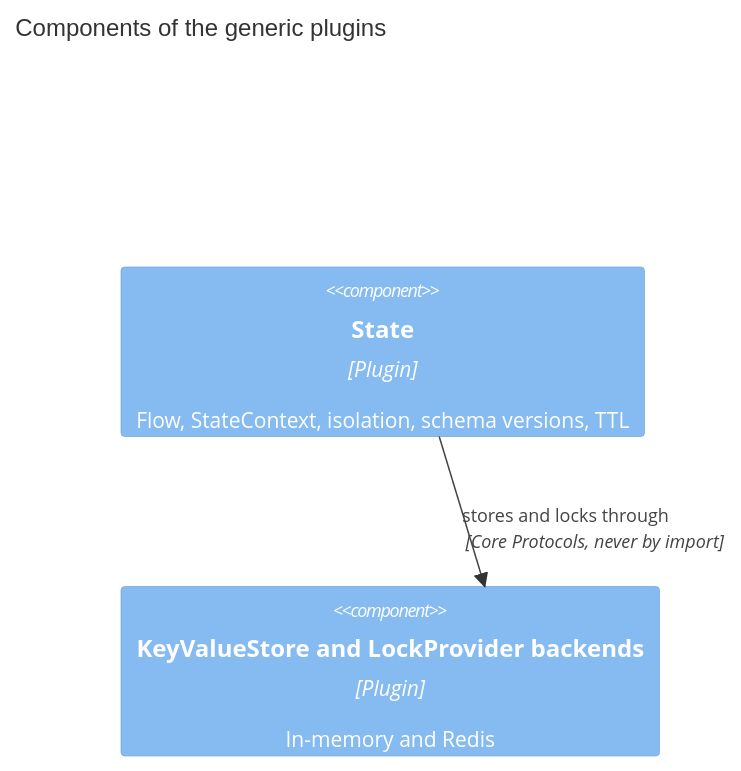
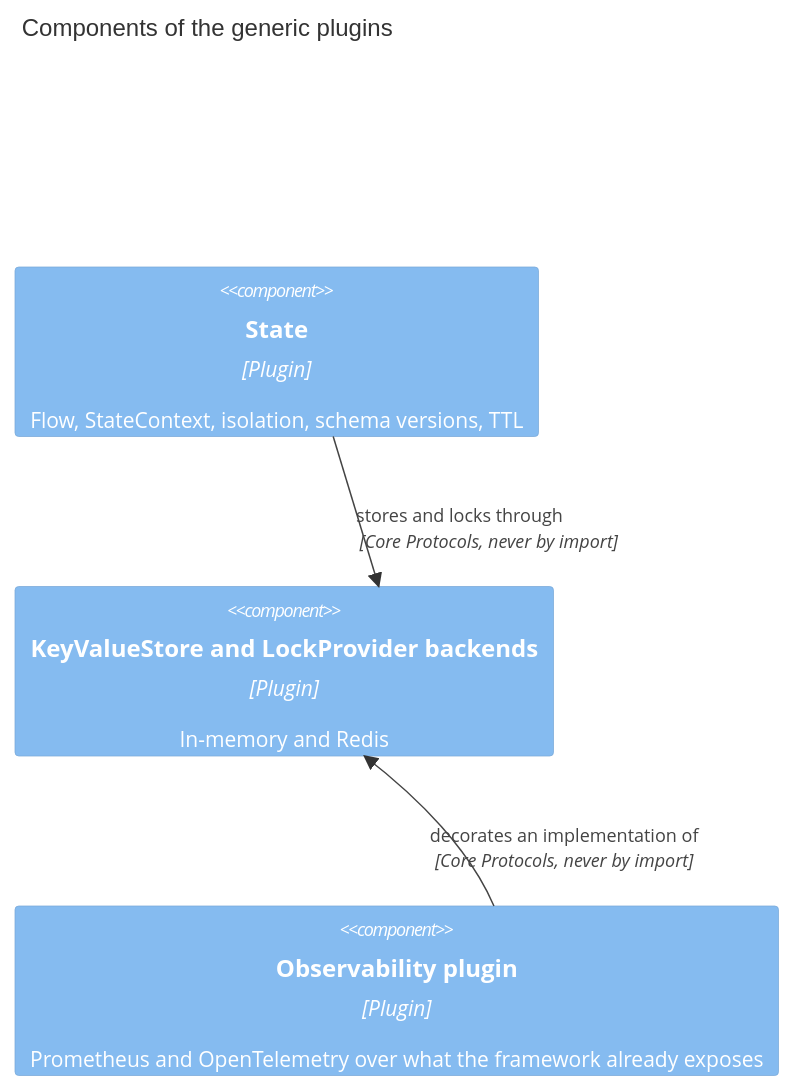
The fifth of 7 diagrams in docs/design/05-building-block-view.md (dmastapkovich/aiommbot), drawn with Mermaid before and after one commit. The commit also changed other lines of this file and 38 other files, not shown here.

Commit message:
docs(observability): no Core observability Protocol, telemetry as two library-named extras, and a logging convention with a documented record catalogue (#29)

````diff
--- a/docs/design/05-building-block-view.md
+++ b/docs/design/05-building-block-view.md
@@ -255,7 +256,9 @@
 ```mermaid
 C4Component
     title Components of the generic plugins
     Component(state, "State", "Plugin", "Flow, StateContext, isolation, schema versions, TTL")
     Component(backends, "KeyValueStore and LockProvider backends", "Plugin", "In-memory and Redis")
+    Component(obs, "Observability plugin", "Plugin", "Prometheus and OpenTelemetry over what the framework already exposes")
     Rel(state, backends, "stores and locks through", "Core Protocols, never by import")
+    Rel(obs, backends, "decorates an implementation of", "Core Protocols, never by import")
 ```
````
